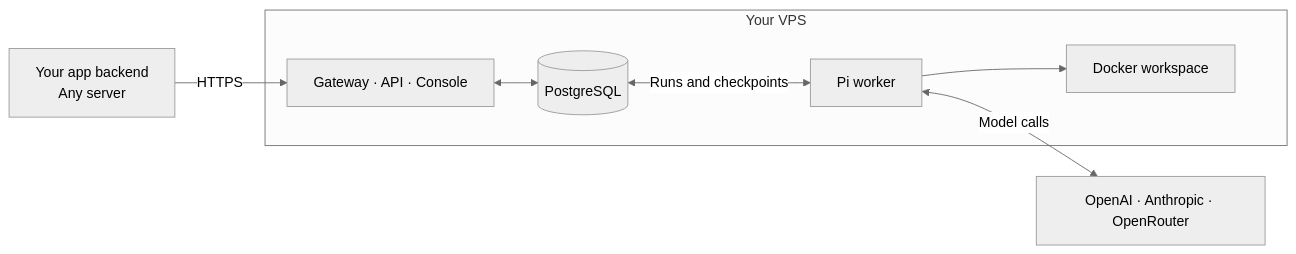
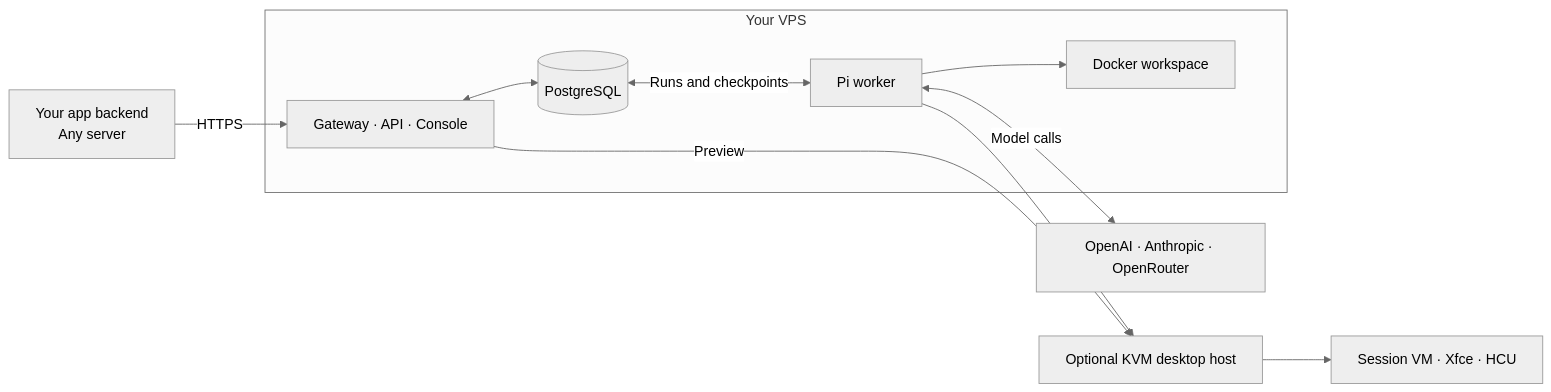
The diagram in README.md (taherchhabra/pi-managed-agents-api), drawn with Mermaid (neutral theme) before and after one commit. The commit also changed other lines of this file and 45 other files, not shown here.

Commit message:
Add HCU desktop sessions on QEMU/KVM

````diff
--- a/README.md
+++ b/README.md
@@ -223,10 +235,13 @@
 ```mermaid
 flowchart LR
     App["Your app backend<br/>Any server"] -->|HTTPS| API
     subgraph VPS["Your VPS"]
         API["Gateway · API · Console"] <--> DB[(PostgreSQL)]
         DB <-->|Runs and checkpoints| Worker["Pi worker"]
         Worker --> Sandbox["Docker workspace"]
     end
     Worker <-->|Model calls| Models["OpenAI · Anthropic · OpenRouter"]
+    Worker --> Desktop["Optional KVM desktop host"]
+    API -->|Preview| Desktop
+    Desktop --> VM["Session VM · Xfce · HCU"]
 ```
````
